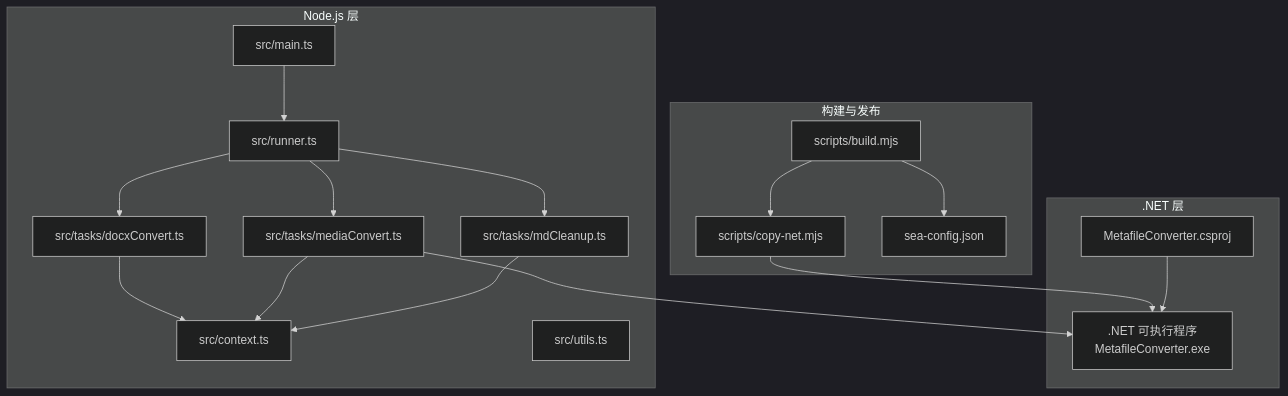
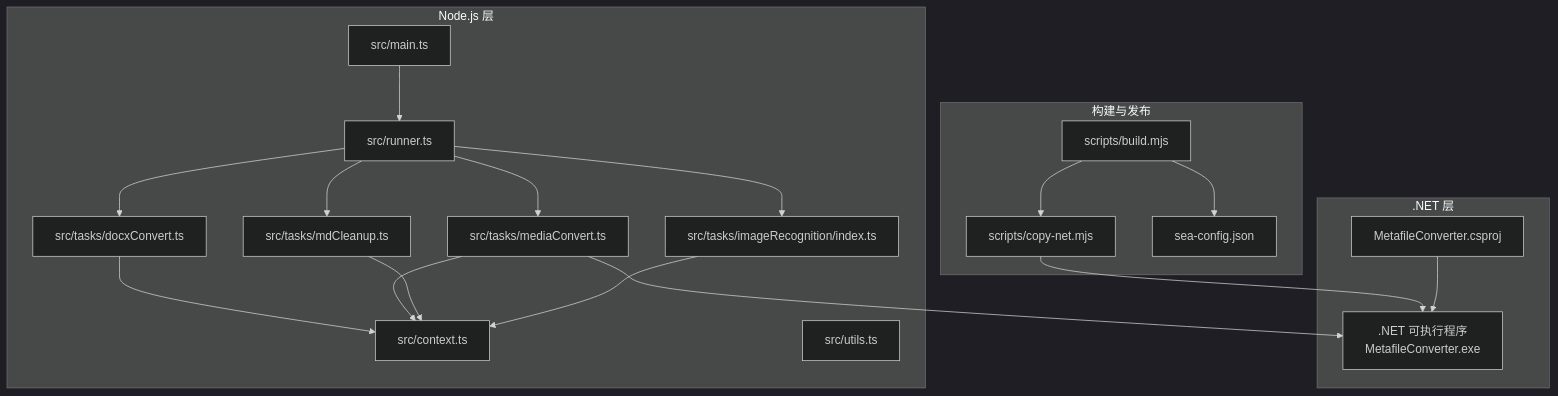
One commit to hllshiro/doc2md-cli changed the first of 9 diagrams in .qoder/repowiki/zh/content/转换模块详解/矢量图处理模块.md. Above: the diagram before and after it, drawn with Mermaid (dark theme). The commit also changed other lines of this file and 6 other files, not shown here.

First line of the commit message:
feat(media): 扩展媒体处理支持多格式及AI图片识别

````diff
--- a/.qoder/repowiki/zh/content/转换模块详解/矢量图处理模块.md
+++ b/.qoder/repowiki/zh/content/转换模块详解/矢量图处理模块.md
@@ -56,33 +67,36 @@
 ```mermaid
 graph TB
 subgraph "Node.js 层"
 MAIN["src/main.ts"]
 RUNNER["src/runner.ts"]
+TASK_DOCX["src/tasks/docxConvert.ts"]
 TASK_MEDIA["src/tasks/mediaConvert.ts"]
-TASK_DOCX["src/tasks/docxConvert.ts"]
 TASK_CLEAN["src/tasks/mdCleanup.ts"]
+TASK_AI["src/tasks/imageRecognition/index.ts"]
 CTX["src/context.ts"]
 UTILS["src/utils.ts"]
 end
 subgraph ".NET 层"
 EXE[".NET 可执行程序<br/>MetafileConverter.exe"]
 CSProj["MetafileConverter.csproj"]
 end
 subgraph "构建与发布"
 BUILD["scripts/build.mjs"]
 COPYNET["scripts/copy-net.mjs"]
 SEA["sea-config.json"]
 end
 MAIN --> RUNNER
 RUNNER --> TASK_DOCX
 RUNNER --> TASK_MEDIA
 RUNNER --> TASK_CLEAN
+RUNNER --> TASK_AI
 TASK_DOCX --> CTX
 TASK_MEDIA --> CTX
 TASK_CLEAN --> CTX
+TASK_AI --> CTX
 TASK_MEDIA --> EXE
 BUILD --> SEA
 BUILD --> COPYNET
 COPYNET --> EXE
 CSProj --> EXE
 ```
````
